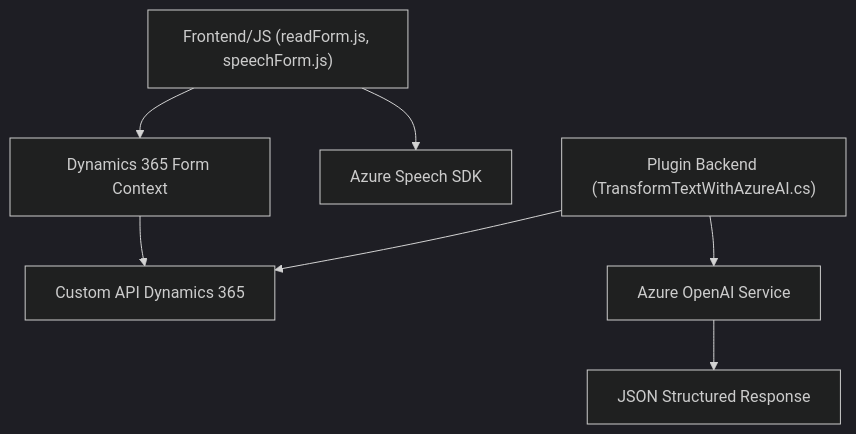
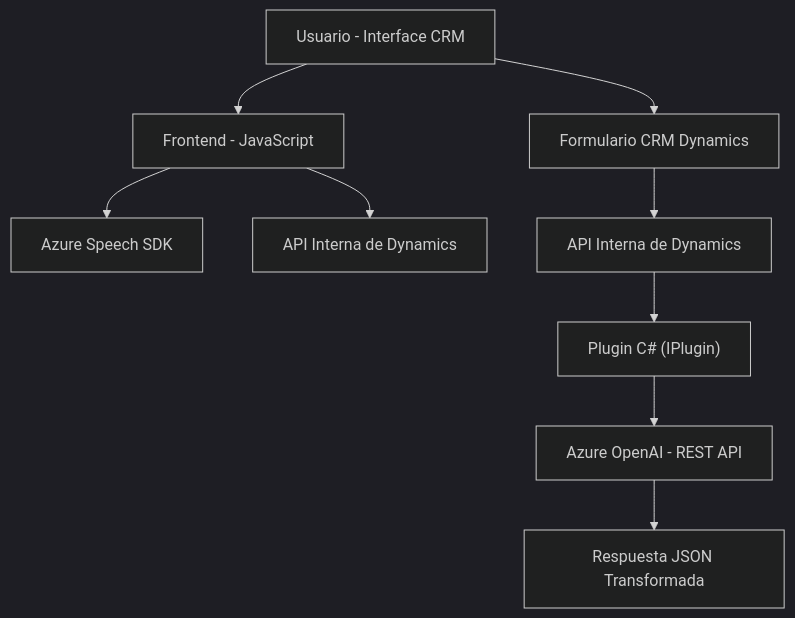
The diagram in README.md (blopezdm/NETCORE_BILBAO2025), drawn with Mermaid (dark theme) before and after one commit. The commit also changed other lines of this file, not shown here.

````diff
--- a/README.md
+++ b/README.md
@@ -46,9 +40,11 @@
 ```mermaid
 graph TD
-    A["Frontend/JS (readForm.js, speechForm.js)"] --> B["Dynamics 365 Form Context"]
-    A --> C["Azure Speech SDK"]
-    B --> D["Custom API Dynamics 365"]
-    E["Plugin Backend (TransformTextWithAzureAI.cs)"] --> D
-    E --> F["Azure OpenAI Service"]
-    F --> G["JSON Structured Response"]
+    A["Usuario - Interface CRM"] --> B["Frontend - JavaScript"]
+    B --> C["Azure Speech SDK"]
+    A --> D["Formulario CRM Dynamics"]
+    D --> E["API Interna de Dynamics"]
+    B --> F["API Interna de Dynamics"]
+    E --> G["Plugin C# (IPlugin)"]
+    G --> H["Azure OpenAI - REST API"]
+    H --> I["Respuesta JSON Transformada"]
 ```
````
